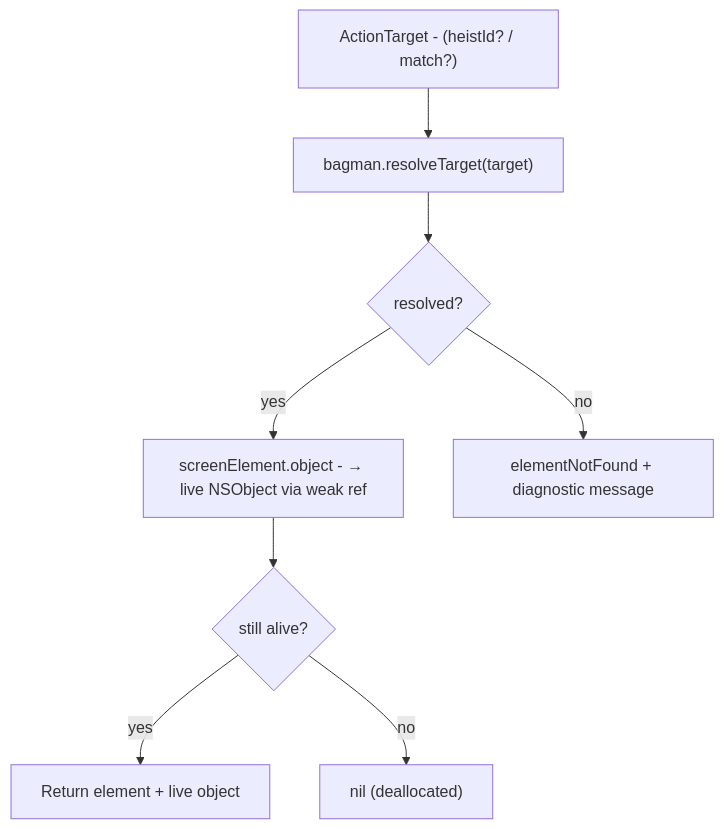
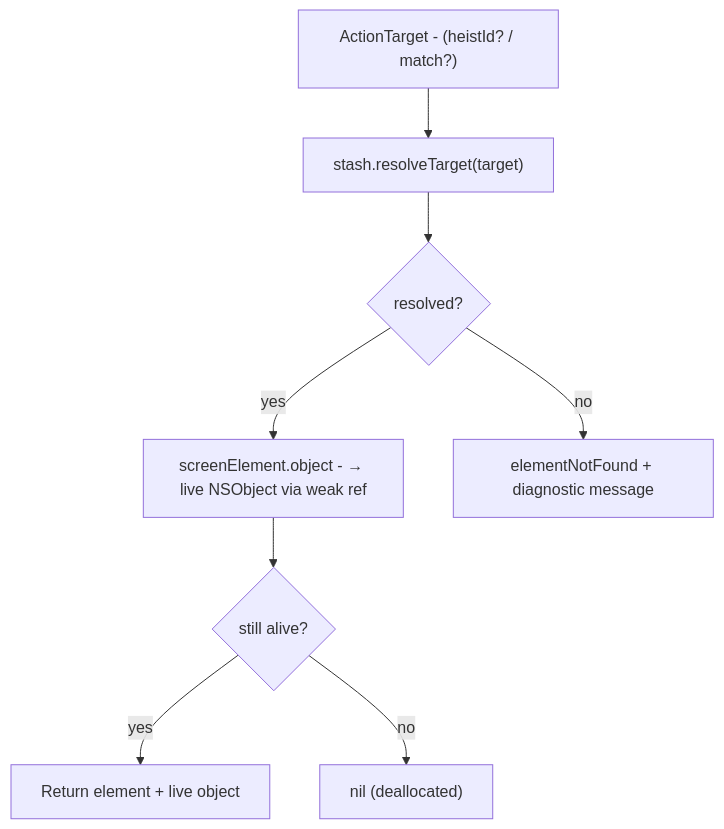
Before and after one commit to RoyalPineapple/TheButtonHeist: the fourth of 4 diagrams in docs/dossiers/04-THESAFECRACKER.md, drawn with Mermaid. The commit also changed other lines of this file and 71 other files, not shown here.

First line of the commit message:
Decompose TheBagman → TheStash + TheBurglar + TheBrains (#248)

````diff
--- a/docs/dossiers/04-THESAFECRACKER.md
+++ b/docs/dossiers/04-THESAFECRACKER.md
@@ -237,11 +230,11 @@
 ```mermaid
 flowchart TD
     Target["ActionTarget - (heistId? / match?)"]
-    Target --> Resolve["bagman.resolveTarget(target)"]
+    Target --> Resolve["stash.resolveTarget(target)"]
     Resolve --> Found{resolved?}
     Found -->|yes| WeakRef["screenElement.object - → live NSObject via weak ref"]
     Found -->|no| Fail["elementNotFound + diagnostic message"]
     WeakRef --> Alive{still alive?}
     Alive -->|yes| UseElement["Return element + live object"]
     Alive -->|no| Dealloc["nil (deallocated)"]
 ```
````
